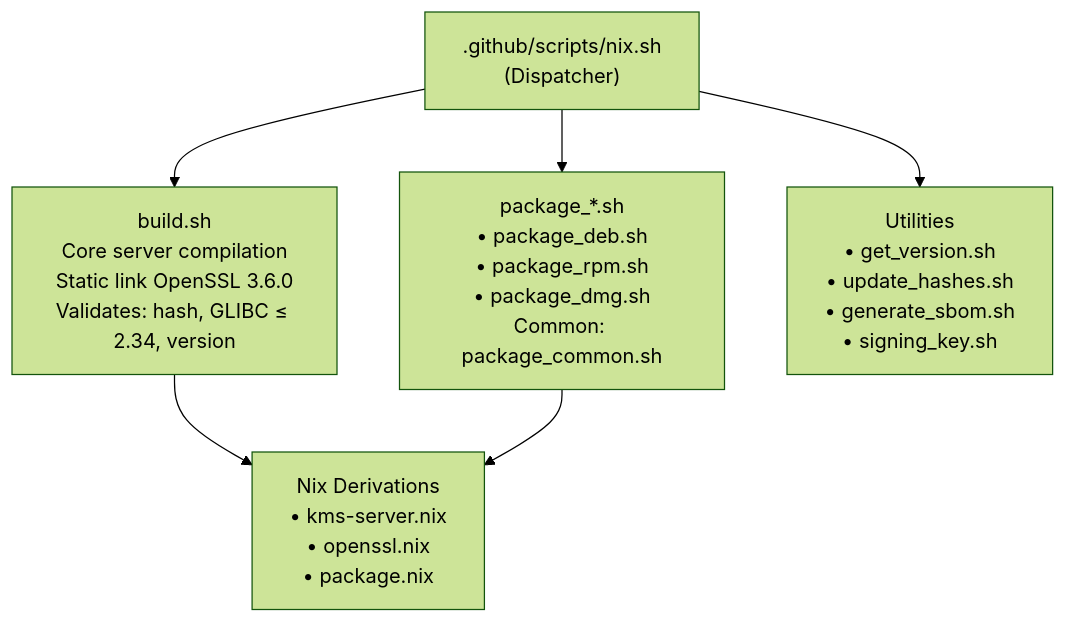
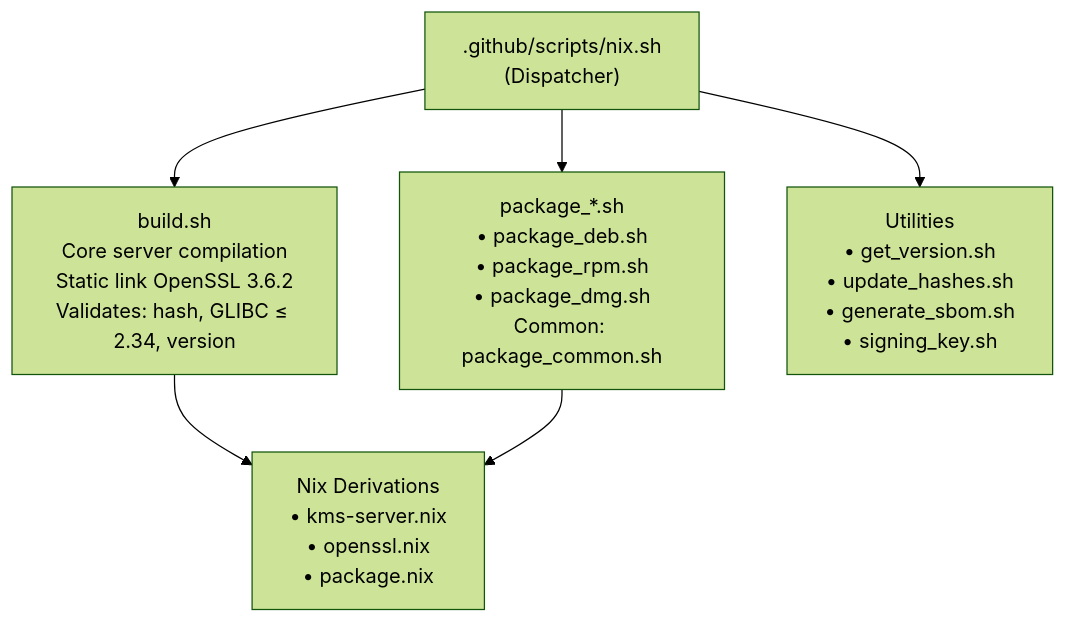
The sixth of 10 diagrams in nix/README.md (Cosmian/kms), drawn with Mermaid (forest theme) before and after one commit. The commit also changed other lines of this file and 52 other files, not shown here.

````diff
--- a/nix/README.md
+++ b/nix/README.md
@@ -830,10 +830,10 @@
 ```mermaid
 flowchart TB
     nix_sh[".github/scripts/nix.sh<br/>(Dispatcher)"]
-    build_sh["build.sh<br/>Core server compilation<br/>Static link OpenSSL 3.6.0<br/>Validates: hash, GLIBC ≤ 2.34, version"]
+    build_sh["build.sh<br/>Core server compilation<br/>Static link OpenSSL 3.6.2<br/>Validates: hash, GLIBC ≤ 2.34, version"]
     pkg_sh["package_*.sh<br/>• package_deb.sh<br/>• package_rpm.sh<br/>• package_dmg.sh<br/>Common: package_common.sh"]
     utils_sh["Utilities<br/>• get_version.sh<br/>• update_hashes.sh<br/>• generate_sbom.sh<br/>• signing_key.sh"]
     nix_sh --> build_sh & pkg_sh & utils_sh
     derivations["Nix Derivations<br/>• kms-server.nix<br/>• openssl.nix<br/>• package.nix"]
     build_sh & pkg_sh --> derivations
 ```
````
